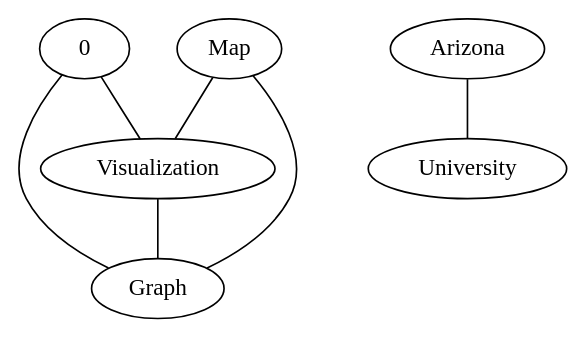
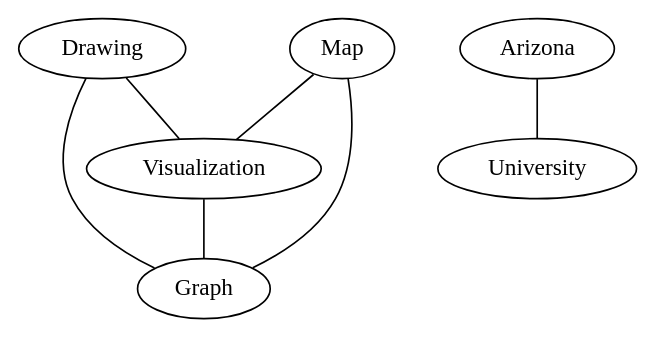
The diagram in datasets/sample.gv (Grabot/GraphToMap), drawn with Graphviz before and after one commit. The commit also changed 8 other files, not shown here.

```diff
--- a/datasets/sample.gv
+++ b/datasets/sample.gv
@@ -1,14 +1,14 @@
 graph {
-  "0";
-  "1" [cluster="3", label="Visualization", pos="270.82,243.14"];
-  "2" [cluster="2", label="Graph", pos="271.43,16.263"];
-  "3" [cluster="2", label="Arizona", pos="670.15,16.263"];
-  "4" [cluster="2", label="University", pos="415.11,16.263"];
-  "5" [cluster="1", label="Map", pos="513.44,131.26"];
+  "0" [cluster=3,label="Drawing", pos="26.163,130.97"];
+  "1" [cluster=3, label="Visualization", pos="270.82,243.14"];
+  "2" [cluster=2, label="Graph", pos="271.43,16.263"];
+  "3" [cluster=2, label="Arizona", pos="670.15,16.263"];
+  "4" [cluster=2, label="University", pos="415.11,16.263"];
+  "5" [cluster=1, label="Map", pos="513.44,131.26"];
   "0" -- "1";
   "1" -- "2";
   "0" -- "2";
   "3" -- "4";
   "5" -- "1";
   "5" -- "2";
 }
```
